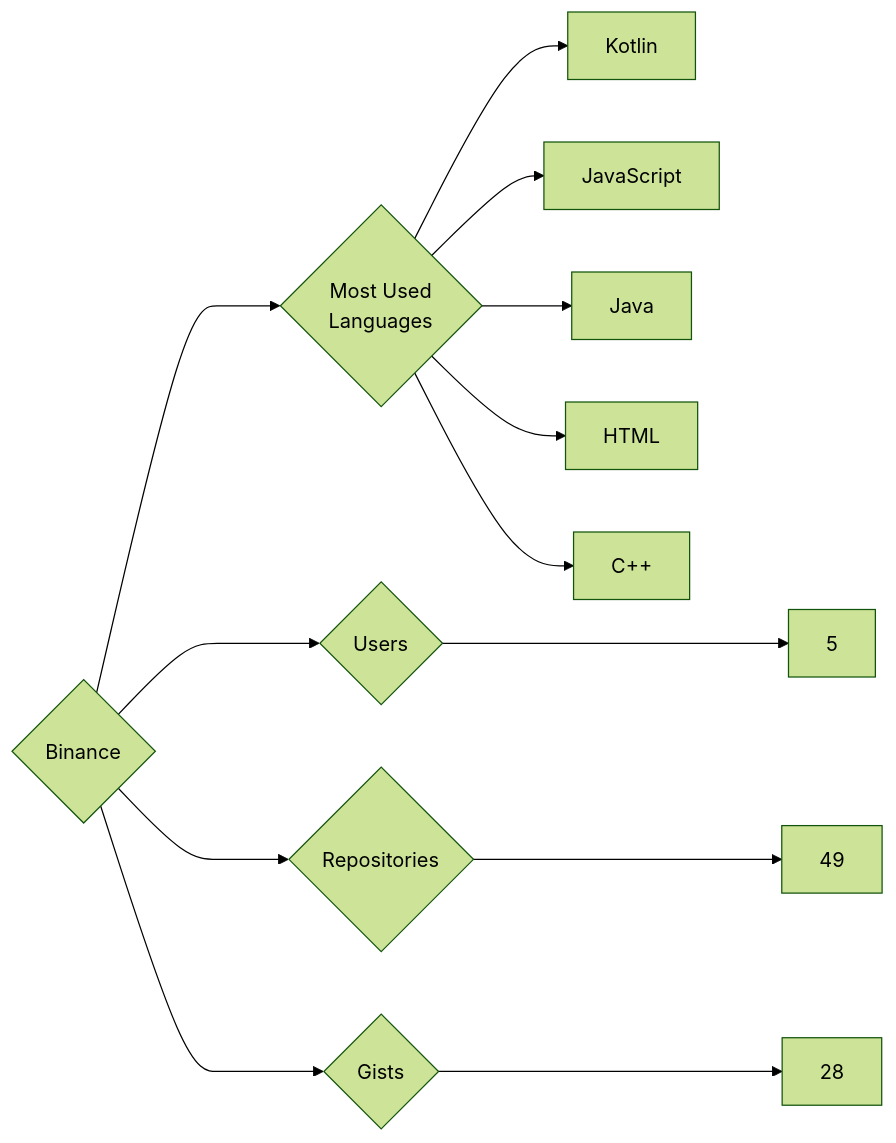
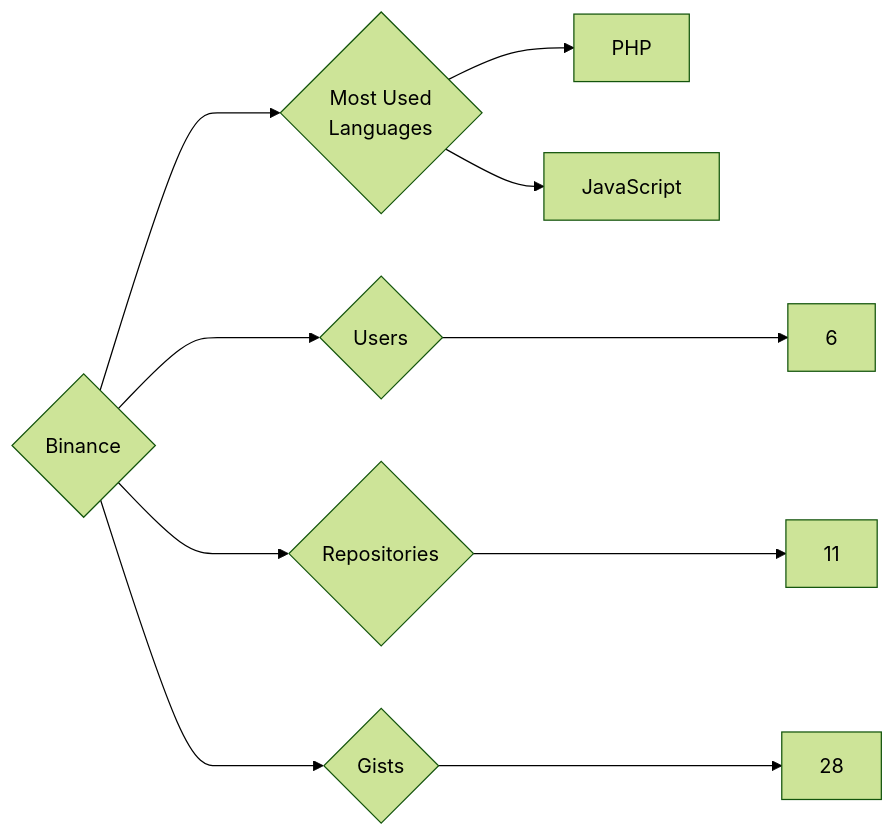
The diagram in targets/Binance/README.md (trickest/insiders), drawn with Mermaid (forest theme) before and after one commit. The commit also changed 988 other files, not shown here.

````diff
--- a/targets/Binance/README.md
+++ b/targets/Binance/README.md
@@ -3,13 +3,10 @@
 ```mermaid
 graph LR
 COMPANY_NAME{Binance}
-COMPANY_NAME ---> U{Users} ---> UN[5]
-COMPANY_NAME ---> R{Repositories} ---> RN[49]
+COMPANY_NAME ---> U{Users} ---> UN[6]
+COMPANY_NAME ---> R{Repositories} ---> RN[11]
 COMPANY_NAME ---> G{Gists} ---> GN[28]
 COMPANY_NAME ---> ML{Most Used<br>Languages}
-ML --> Kotlin[Kotlin]
+ML --> PHP[PHP]
 ML --> JavaScript[JavaScript]
-ML --> Java[Java]
-ML --> HTML[HTML]
-ML --> C++[C++]
 ```
````
